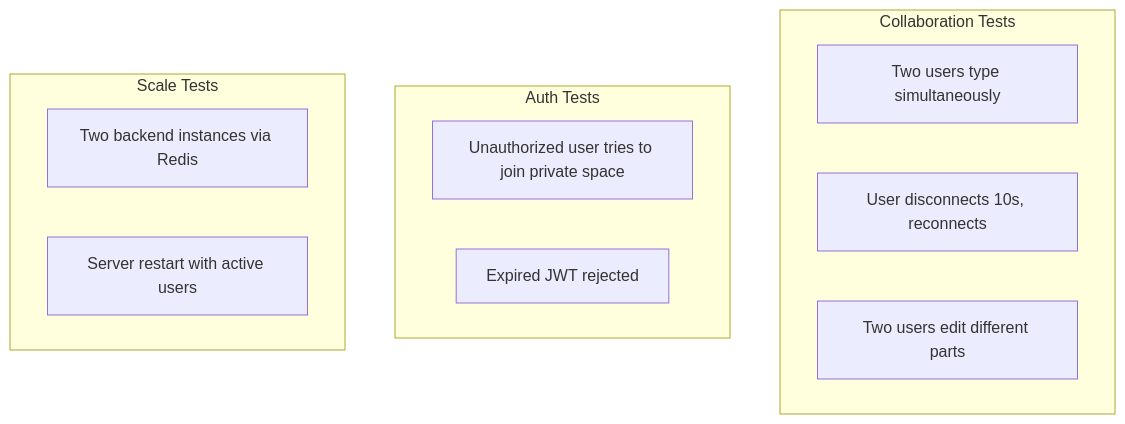
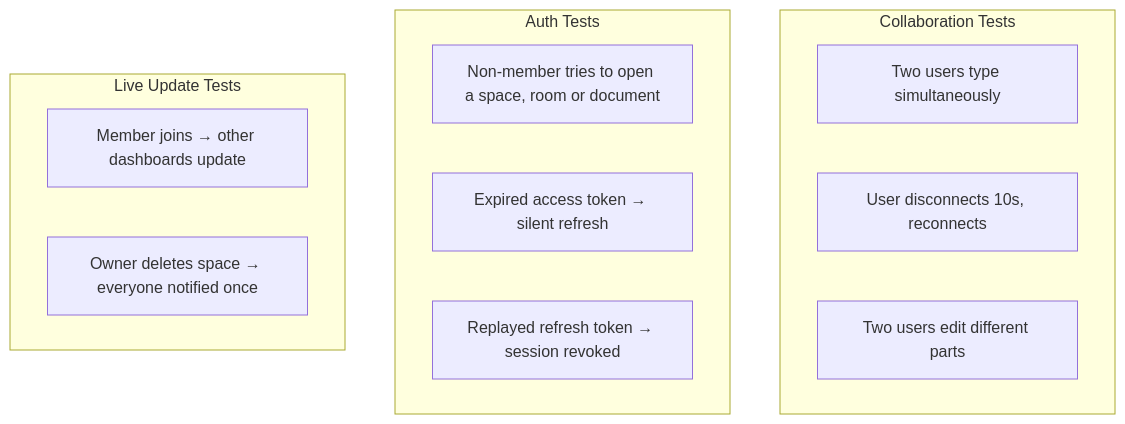
Before and after one commit to Priyansh9506/Hive: diagram 19 of 19 in README.md, drawn with Mermaid. The commit also changed other lines of this file and 52 other files, not shown here.

First line of the commit message:
feat: live updates, refresh-token sessions, app theming and responsive workspace

````diff
--- a/README.md
+++ b/README.md
@@ -1156,18 +1358,19 @@
 ```mermaid
 graph TD
     subgraph Collab["Collaboration Tests"]
         T1["Two users type simultaneously"]
         T2["User disconnects 10s, reconnects"]
         T3["Two users edit different parts"]
     end
 
     subgraph Auth_Tests["Auth Tests"]
-        T4["Unauthorized user tries to join private space"]
-        T5["Expired JWT rejected"]
+        T4["Non-member tries to open a space, room or document"]
+        T5["Expired access token → silent refresh"]
+        T6["Replayed refresh token → session revoked"]
     end
 
-    subgraph Scale["Scale Tests"]
-        T6["Two backend instances via Redis"]
-        T7["Server restart with active users"]
+    subgraph Live_Tests["Live Update Tests"]
+        T7["Member joins → other dashboards update"]
+        T8["Owner deletes space → everyone notified once"]
     end
 ```
````
